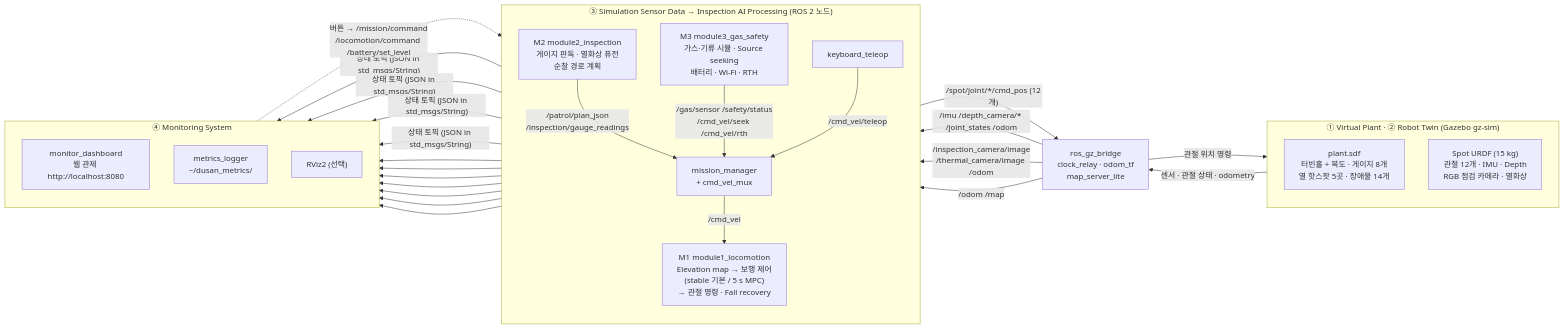
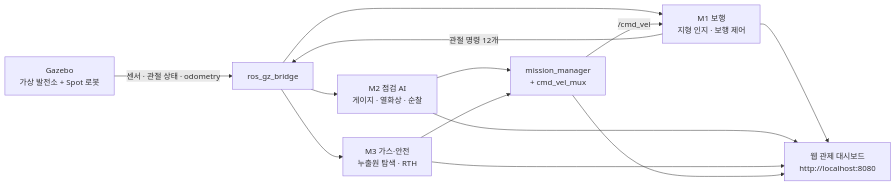
Before and after one commit to YUGyuSang/DusanAI: the diagram in README.md, drawn with Mermaid. The commit also changed other lines of this file and 14 other files, not shown here.

````diff
--- a/README.md
+++ b/README.md
@@ -393,37 +27,11 @@
 ```mermaid
 flowchart LR
-  subgraph GZ["① Virtual Plant · ② Robot Twin (Gazebo gz-sim)"]
-    direction TB
-    WORLD["plant.sdf<br/>터빈홀 + 복도 · 게이지 8개<br/>열 핫스팟 5곳 · 장애물 14개"]
-    SPOT["Spot URDF (15 kg)<br/>관절 12개 · IMU · Depth<br/>RGB 점검 카메라 · 열화상"]
-  end
-  BR["ros_gz_bridge<br/>clock_relay · odom_tf<br/>map_server_lite"]
-  subgraph ROS["③ Simulation Sensor Data → Inspection AI Processing (ROS 2 노드)"]
-    direction TB
-    M1["M1 module1_locomotion<br/>Elevation map → 보행 제어<br/>(stable 기본 / 5 s MPC)<br/>→ 관절 명령 · Fall recovery"]
-    M2["M2 module2_inspection<br/>게이지 판독 · 열화상 퓨전<br/>순찰 경로 계획"]
-    M3["M3 module3_gas_safety<br/>가스·기류 시뮬 · Source seeking<br/>배터리 · Wi-Fi · RTH"]
-    MIS["mission_manager<br/>+ cmd_vel_mux"]
-    TEL["keyboard_teleop"]
-  end
-  subgraph MON["④ Monitoring System"]
-    direction TB
-    DASH["monitor_dashboard<br/>웹 관제 http://localhost:8080"]
-    MET["metrics_logger<br/>~/dusan_metrics/"]
-    RV["RViz2 (선택)"]
-  end
-  SPOT -->|"센서 · 관절 상태 · odometry"| BR
-  BR -->|"/imu /depth_camera/* /joint_states /odom"| M1
-  BR -->|"/inspection_camera/image<br/>/thermal_camera/image /odom"| M2
-  BR -->|"/odom /map"| M3
-  M2 -->|"/patrol/plan_json<br/>/inspection/gauge_readings"| MIS
-  M3 -->|"/gas/sensor /safety/status<br/>/cmd_vel/seek /cmd_vel/rth"| MIS
-  TEL -->|"/cmd_vel/teleop"| MIS
+  GZ["Gazebo<br/>가상 발전소 + Spot 로봇"] -->|"센서 · 관절 상태 · odometry"| BR["ros_gz_bridge"]
+  BR --> M1["M1 보행<br/>지형 인지 · 보행 제어"]
+  BR --> M2["M2 점검 AI<br/>게이지 · 열화상 · 순찰"]
+  BR --> M3["M3 가스·안전<br/>누출원 탐색 · RTH"]
+  M2 & M3 --> MIS["mission_manager<br/>+ cmd_vel_mux"]
   MIS -->|"/cmd_vel"| M1
-  M1 -->|"/spot/joint/*/cmd_pos (12개)"| BR
-  BR -->|"관절 위치 명령"| SPOT
-  M1 & M2 & M3 & MIS -->|"상태 토픽 (JSON in std_msgs/String)"| DASH
-  M1 & M2 & M3 & MIS --> MET
-  M1 & M2 & M3 --> RV
-  DASH -.->|"버튼 → /mission/command<br/>/locomotion/command /battery/set_level"| ROS
+  M1 -->|"관절 명령 12개"| BR
+  M1 & M2 & M3 & MIS --> DASH["웹 관제 대시보드<br/>http://localhost:8080"]
 ```
````
